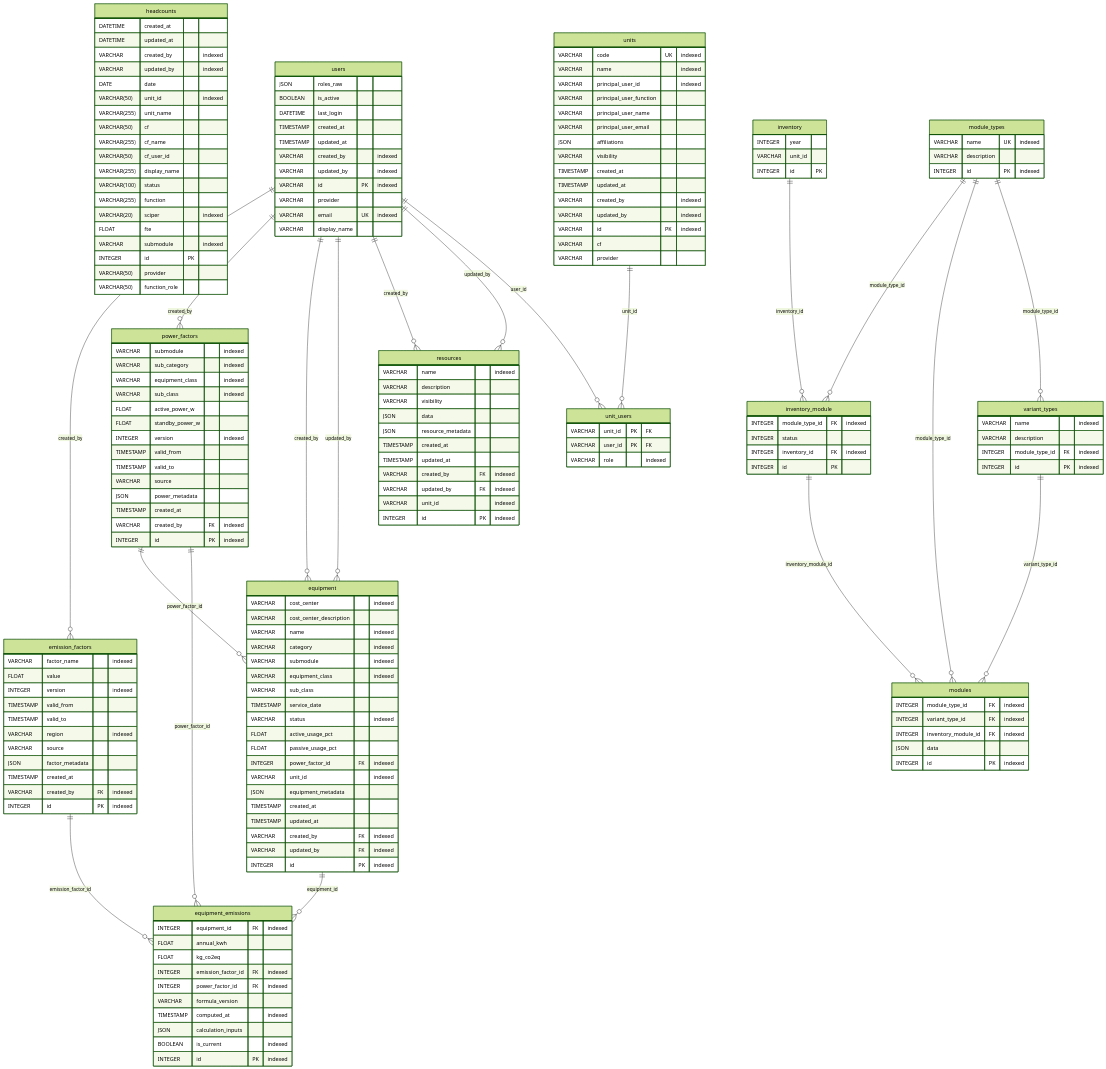
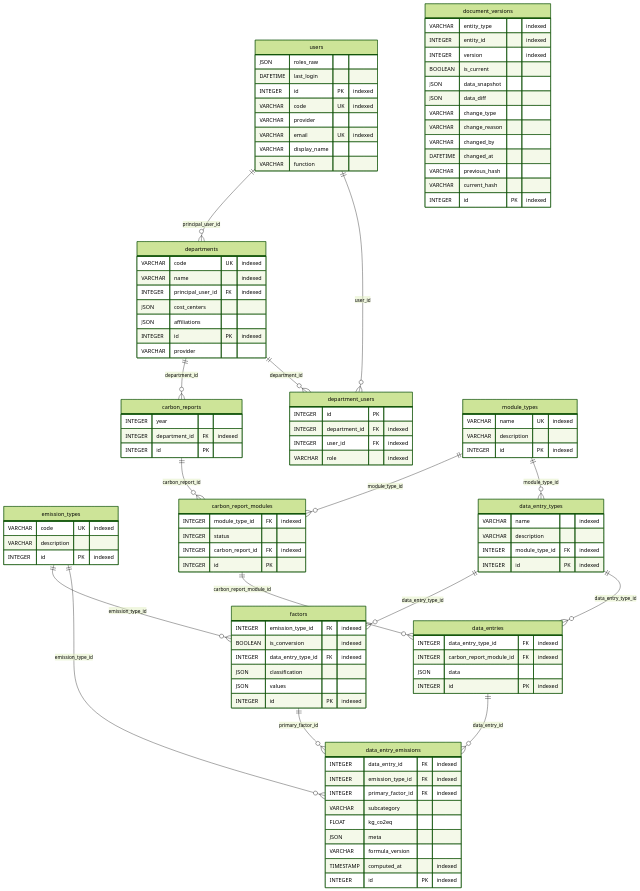
One commit to EPFL-ENAC/co2-calculator changed the diagram in docs/src/database/erd.md. Above: the diagram before and after it, drawn with Mermaid (forest theme). The commit also changed other lines of this file and 120 other files, not shown here.

````diff
--- a/docs/src/database/erd.md
+++ b/docs/src/database/erd.md
@@ -3,181 +2,109 @@
 ```mermaid
 erDiagram
-  emission_factors {
-    VARCHAR factor_name "indexed"
-    FLOAT value
-    INTEGER version "indexed"
-    TIMESTAMP valid_from
-    TIMESTAMP valid_to
-    VARCHAR region "indexed"
-    VARCHAR source
-    JSON factor_metadata
-    TIMESTAMP created_at
-    VARCHAR created_by FK "indexed"
+  emission_types {
+    VARCHAR code UK "indexed"
+    VARCHAR description
     INTEGER id PK "indexed"
   }
-  power_factors {
-    VARCHAR submodule "indexed"
-    VARCHAR sub_category "indexed"
-    VARCHAR equipment_class "indexed"
-    VARCHAR sub_class "indexed"
-    FLOAT active_power_w
-    FLOAT standby_power_w
-    INTEGER version "indexed"
-    TIMESTAMP valid_from
-    TIMESTAMP valid_to
-    VARCHAR source
-    JSON power_metadata
-    TIMESTAMP created_at
-    VARCHAR created_by FK "indexed"
+  factors {
+    INTEGER emission_type_id FK "indexed"
+    BOOLEAN is_conversion "indexed"
+    INTEGER data_entry_type_id FK "indexed"
+    JSON classification
+    JSON values
     INTEGER id PK "indexed"
   }
-  equipment {
-    VARCHAR cost_center "indexed"
-    VARCHAR cost_center_description
-    VARCHAR name "indexed"
-    VARCHAR category "indexed"
-    VARCHAR submodule "indexed"
-    VARCHAR equipment_class "indexed"
-    VARCHAR sub_class
-    TIMESTAMP service_date
-    VARCHAR status "indexed"
-    FLOAT active_usage_pct
-    FLOAT passive_usage_pct
-    INTEGER power_factor_id FK "indexed"
-    VARCHAR unit_id "indexed"
-    JSON equipment_metadata
-    TIMESTAMP created_at
-    TIMESTAMP updated_at
-    VARCHAR created_by FK "indexed"
-    VARCHAR updated_by FK "indexed"
+  carbon_reports {
+    INTEGER year
+    INTEGER department_id FK "indexed"
+    INTEGER id PK
+  }
+  carbon_report_modules {
+    INTEGER module_type_id FK "indexed"
+    INTEGER status
+    INTEGER carbon_report_id FK "indexed"
+    INTEGER id PK
+  }
+  data_entries {
+    INTEGER data_entry_type_id FK "indexed"
+    INTEGER carbon_report_module_id FK "indexed"
+    JSON data
     INTEGER id PK "indexed"
   }
-  equipment_emissions {
-    INTEGER equipment_id FK "indexed"
-    FLOAT annual_kwh
+  data_entry_emissions {
+    INTEGER data_entry_id FK "indexed"
+    INTEGER emission_type_id FK "indexed"
+    INTEGER primary_factor_id FK "indexed"
+    VARCHAR subcategory
     FLOAT kg_co2eq
-    INTEGER emission_factor_id FK "indexed"
-    INTEGER power_factor_id FK "indexed"
+    JSON meta
     VARCHAR formula_version
     TIMESTAMP computed_at "indexed"
-    JSON calculation_inputs
-    BOOLEAN is_current "indexed"
     INTEGER id PK "indexed"
   }
-  headcounts {
-    DATETIME created_at
-    DATETIME updated_at
-    VARCHAR created_by "indexed"
-    VARCHAR updated_by "indexed"
-    DATE date
-    VARCHAR(50) unit_id "indexed"
-    VARCHAR(255) unit_name
-    VARCHAR(50) cf
-    VARCHAR(255) cf_name
-    VARCHAR(50) cf_user_id
-    VARCHAR(255) display_name
-    VARCHAR(100) status
-    VARCHAR(255) function
-    VARCHAR(20) sciper "indexed"
-    FLOAT fte
-    VARCHAR submodule "indexed"
+  data_entry_types {
+    VARCHAR name "indexed"
+    VARCHAR description
+    INTEGER module_type_id FK "indexed"
+    INTEGER id PK "indexed"
+  }
+  departments {
+    VARCHAR code UK "indexed"
+    VARCHAR name "indexed"
+    INTEGER principal_user_id FK "indexed"
+    JSON cost_centers
+    JSON affiliations
+    INTEGER id PK "indexed"
+    VARCHAR provider
+  }
+  department_users {
     INTEGER id PK
-    VARCHAR(50) provider
-    VARCHAR(50) function_role
-  }
-  inventory {
-    INTEGER year
-    VARCHAR unit_id
-    INTEGER id PK
-  }
-  inventory_module {
-    INTEGER module_type_id FK "indexed"
-    INTEGER status
-    INTEGER inventory_id FK "indexed"
-    INTEGER id PK
-  }
-  modules {
-    INTEGER module_type_id FK "indexed"
-    INTEGER variant_type_id FK "indexed"
-    INTEGER inventory_module_id FK "indexed"
-    JSON data
-    INTEGER id PK "indexed"
+    INTEGER department_id FK "indexed"
+    INTEGER user_id FK "indexed"
+    VARCHAR role "indexed"
   }
   module_types {
     VARCHAR name UK "indexed"
     VARCHAR description
     INTEGER id PK "indexed"
   }
-  resources {
-    VARCHAR name "indexed"
-    VARCHAR description
-    VARCHAR visibility
-    JSON data
-    JSON resource_metadata
-    TIMESTAMP created_at
-    TIMESTAMP updated_at
-    VARCHAR created_by FK "indexed"
-    VARCHAR updated_by FK "indexed"
-    VARCHAR unit_id "indexed"
-    INTEGER id PK "indexed"
-  }
-  units {
-    VARCHAR code UK "indexed"
-    VARCHAR name "indexed"
-    VARCHAR principal_user_id "indexed"
-    VARCHAR principal_user_function
-    VARCHAR principal_user_name
-    VARCHAR principal_user_email
-    JSON affiliations
-    VARCHAR visibility
-    TIMESTAMP created_at
-    TIMESTAMP updated_at
-    VARCHAR created_by "indexed"
-    VARCHAR updated_by "indexed"
-    VARCHAR id PK "indexed"
-    VARCHAR cf
-    VARCHAR provider
-  }
-  unit_users {
-    VARCHAR unit_id PK "FK"
-    VARCHAR user_id PK "FK"
-    VARCHAR role "indexed"
-  }
   users {
     JSON roles_raw
-    BOOLEAN is_active
     DATETIME last_login
-    TIMESTAMP created_at
-    TIMESTAMP updated_at
-    VARCHAR created_by "indexed"
-    VARCHAR updated_by "indexed"
-    VARCHAR id PK "indexed"
+    INTEGER id PK "indexed"
+    VARCHAR code UK "indexed"
     VARCHAR provider
     VARCHAR email UK "indexed"
     VARCHAR display_name
+    VARCHAR function
   }
-  variant_types {
-    VARCHAR name "indexed"
-    VARCHAR description
-    INTEGER module_type_id FK "indexed"
+  document_versions {
+    VARCHAR entity_type "indexed"
+    INTEGER entity_id "indexed"
+    INTEGER version "indexed"
+    BOOLEAN is_current
+    JSON data_snapshot
+    JSON data_diff
+    VARCHAR change_type
+    VARCHAR change_reason
+    VARCHAR changed_by
+    DATETIME changed_at
+    VARCHAR previous_hash
+    VARCHAR current_hash
     INTEGER id PK "indexed"
   }
-  users ||--}o emission_factors : created_by
-  users ||--}o power_factors : created_by
-  power_factors ||--}o equipment : power_factor_id
-  users ||--}o equipment : created_by
-  users ||--}o equipment : updated_by
-  equipment ||--}o equipment_emissions : equipment_id
-  emission_factors ||--}o equipment_emissions : emission_factor_id
-  power_factors ||--}o equipment_emissions : power_factor_id
-  inventory ||--}o inventory_module : inventory_id
-  module_types ||--}o inventory_module : module_type_id
-  inventory_module ||--}o modules : inventory_module_id
-  module_types ||--}o modules : module_type_id
-  variant_types ||--}o modules : variant_type_id
-  users ||--}o resources : created_by
-  users ||--}o resources : updated_by
-  units ||--}o unit_users : unit_id
-  users ||--}o unit_users : user_id
-  module_types ||--}o variant_types : module_type_id
+  emission_types ||--}o factors : emission_type_id
+  data_entry_types ||--}o factors : data_entry_type_id
+  departments ||--}o carbon_reports : department_id
+  carbon_reports ||--}o carbon_report_modules : carbon_report_id
+  module_types ||--}o carbon_report_modules : module_type_id
+  carbon_report_modules ||--}o data_entries : carbon_report_module_id
+  data_entry_types ||--}o data_entries : data_entry_type_id
+  factors ||--}o data_entry_emissions : primary_factor_id
+  emission_types ||--}o data_entry_emissions : emission_type_id
+  data_entries ||--}o data_entry_emissions : data_entry_id
+  module_types ||--}o data_entry_types : module_type_id
+  users ||--}o departments : principal_user_id
+  users ||--}o department_users : user_id
+  departments ||--}o department_users : department_id
 ```
````
